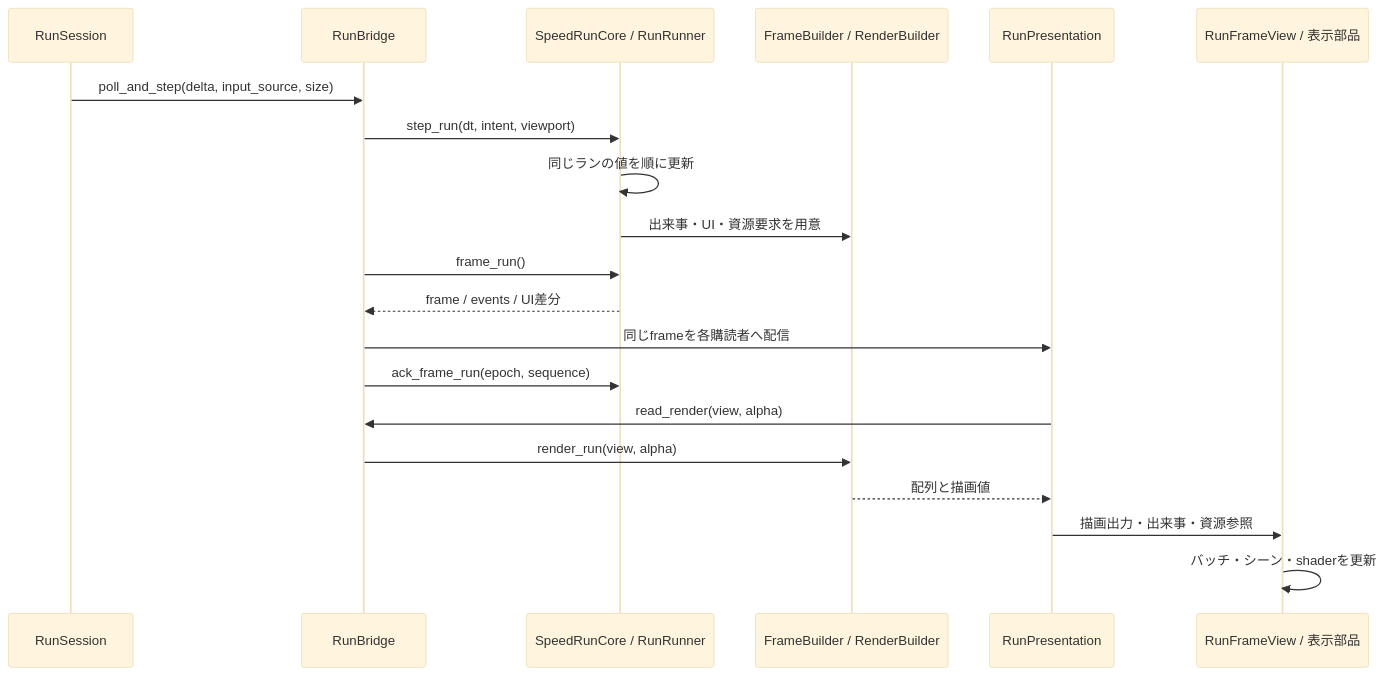
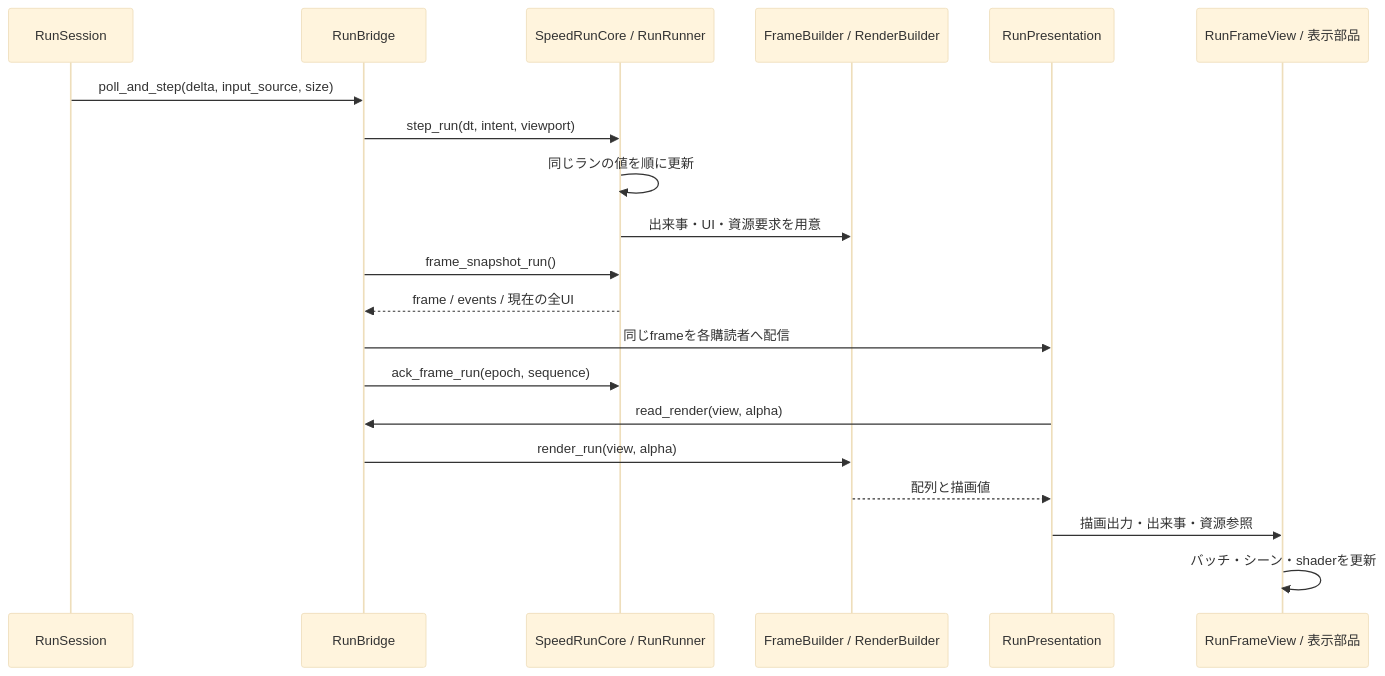
The fourth of 4 diagrams in docs/architecture.md (Tomatoguy1029/speed), drawn with Mermaid (base theme) before and after one commit. The commit also changed other lines of this file and 4 other files, not shown here.

````diff
--- a/docs/architecture.md
+++ b/docs/architecture.md
@@ -467,22 +469,22 @@
 ```mermaid
 sequenceDiagram
   participant S as RunSession
   participant B as RunBridge
   participant C as SpeedRunCore / RunRunner
   participant O as FrameBuilder / RenderBuilder
   participant P as RunPresentation
   participant V as RunFrameView / 表示部品
   S->>B: poll_and_step(delta, input_source, size)
   B->>C: step_run(dt, intent, viewport)
   C->>C: 同じランの値を順に更新
   C->>O: 出来事・UI・資源要求を用意
-  B->>C: frame_run()
-  C-->>B: frame / events / UI差分
+  B->>C: frame_snapshot_run()
+  C-->>B: frame / events / 現在の全UI
   B->>P: 同じframeを各購読者へ配信
   B->>C: ack_frame_run(epoch, sequence)
   P->>B: read_render(view, alpha)
   B->>O: render_run(view, alpha)
   O-->>P: 配列と描画値
   P->>V: 描画出力・出来事・資源参照
   V->>V: バッチ・シーン・shaderを更新
 ```
````
